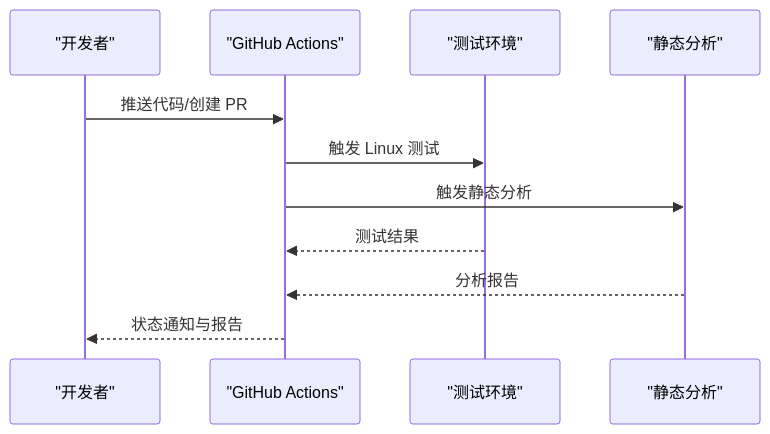
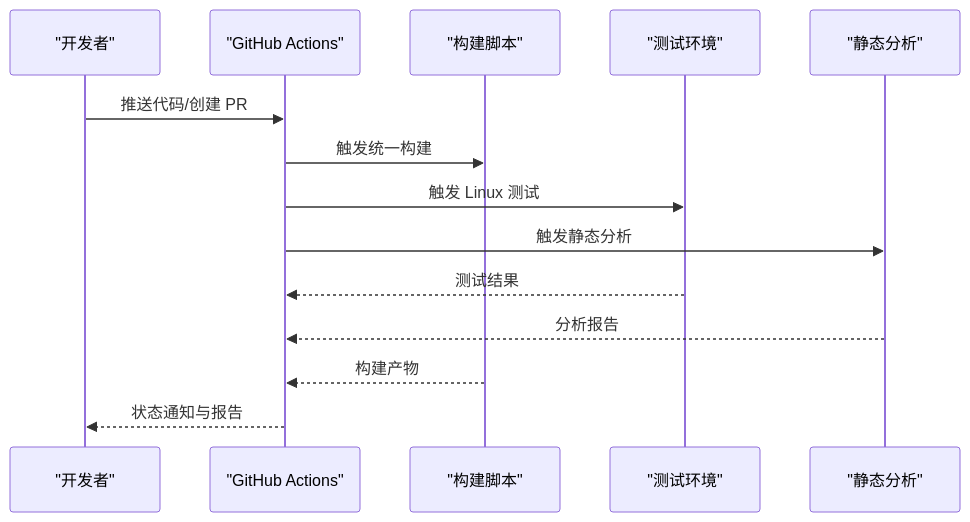
One commit to tea4go/wgctrl-go changed the third of 4 diagrams in .qoder/repowiki/zh/content/开发者指南/构建系统.md. Above: the diagram before and after it, drawn with Mermaid. The commit also changed other lines of this file and 11 other files, not shown here.

````diff
--- a/.qoder/repowiki/zh/content/开发者指南/构建系统.md
+++ b/.qoder/repowiki/zh/content/开发者指南/构建系统.md
@@ -205,13 +279,16 @@
 ```mermaid
 sequenceDiagram
 participant Dev as "开发者"
 participant GH as "GitHub Actions"
+participant Build as "构建脚本"
 participant Test as "测试环境"
 participant Analyze as "静态分析"
 Dev->>GH : 推送代码/创建 PR
+GH->>Build : 触发统一构建
 GH->>Test : 触发 Linux 测试
 GH->>Analyze : 触发静态分析
 Test-->>GH : 测试结果
 Analyze-->>GH : 分析报告
+Build-->>GH : 构建产物
 GH-->>Dev : 状态通知与报告
 ```
````
